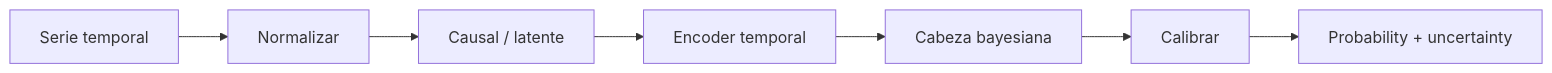
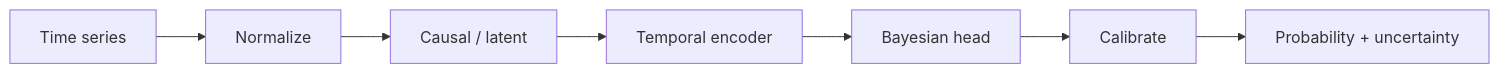
One commit to Quantumquirkz/PraesagiumChain changed the fourth of 5 diagrams in docs/architecture-and-design.md. Above: the diagram before and after it, drawn with Mermaid. The commit also changed other lines of this file and 5 other files, not shown here.

````diff
--- a/docs/architecture-and-design.md
+++ b/docs/architecture-and-design.md
@@ -141,9 +153,9 @@
 ```mermaid
 flowchart LR
-    A[Serie temporal] --> B[Normalizar]
-    B --> C[Causal / latente]
-    C --> D[Encoder temporal]
-    D --> E[Cabeza bayesiana]
-    E --> F[Calibrar]
+    A[Time series] --> B[Normalize]
+    B --> C[Causal / latent]
+    C --> D[Temporal encoder]
+    D --> E[Bayesian head]
+    E --> F[Calibrate]
     F --> G[Probability + uncertainty]
 ```
````
